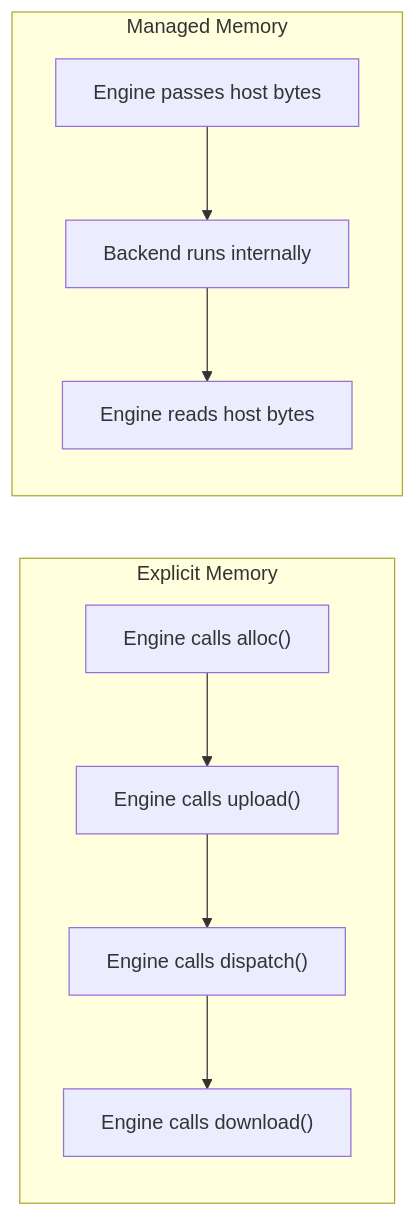
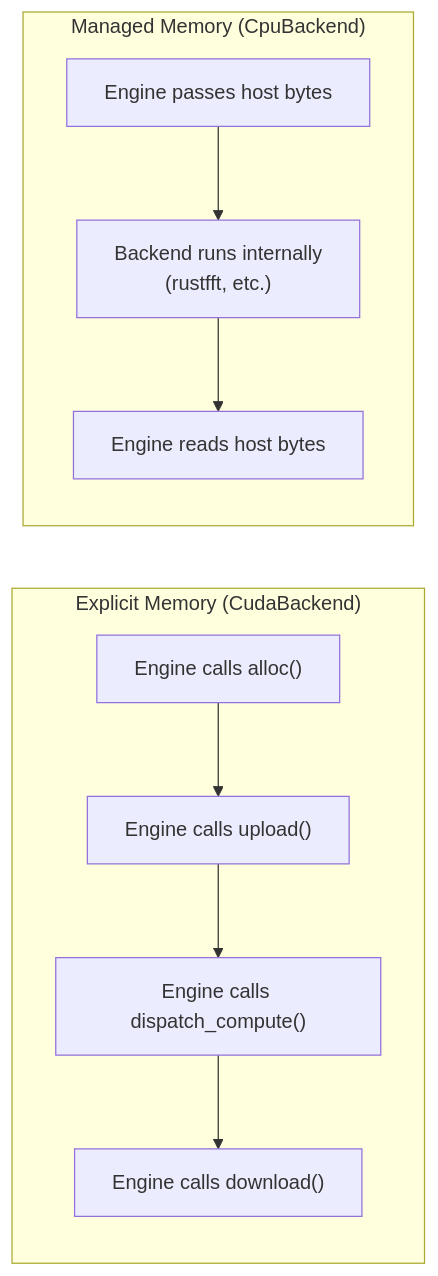
The second of 6 diagrams in docs/backend-trait.md (vansweej/graphynx), drawn with Mermaid before and after one commit. The commit also changed other lines of this file and 6 other files, not shown here.

````diff
--- a/docs/backend-trait.md
+++ b/docs/backend-trait.md
@@ -68,17 +80,17 @@
 ```mermaid
 graph LR
-    subgraph "Explicit Memory"
+    subgraph "Explicit Memory (CudaBackend)"
         E1["Engine calls alloc()"]
         E2["Engine calls upload()"]
-        E3["Engine calls dispatch()"]
+        E3["Engine calls dispatch_compute()"]
         E4["Engine calls download()"]
         E1 --> E2 --> E3 --> E4
     end
 
-    subgraph "Managed Memory"
+    subgraph "Managed Memory (CpuBackend)"
         M1["Engine passes host bytes"]
-        M2["Backend runs internally"]
+        M2["Backend runs internally\n(rustfft, etc.)"]
         M3["Engine reads host bytes"]
         M1 --> M2 --> M3
     end
 ```
````
